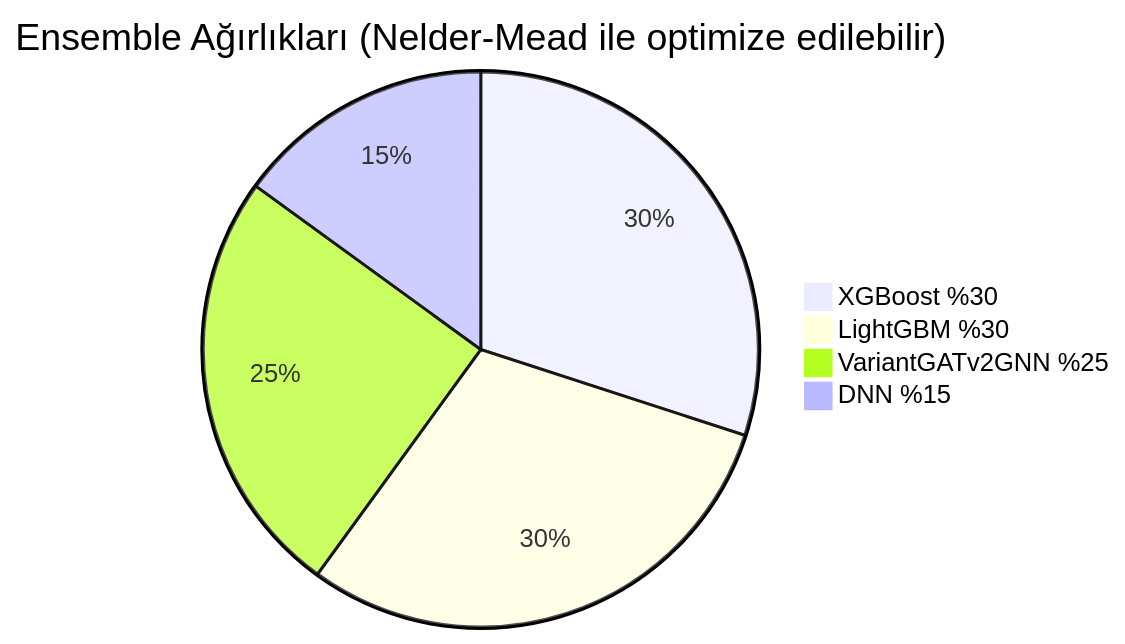
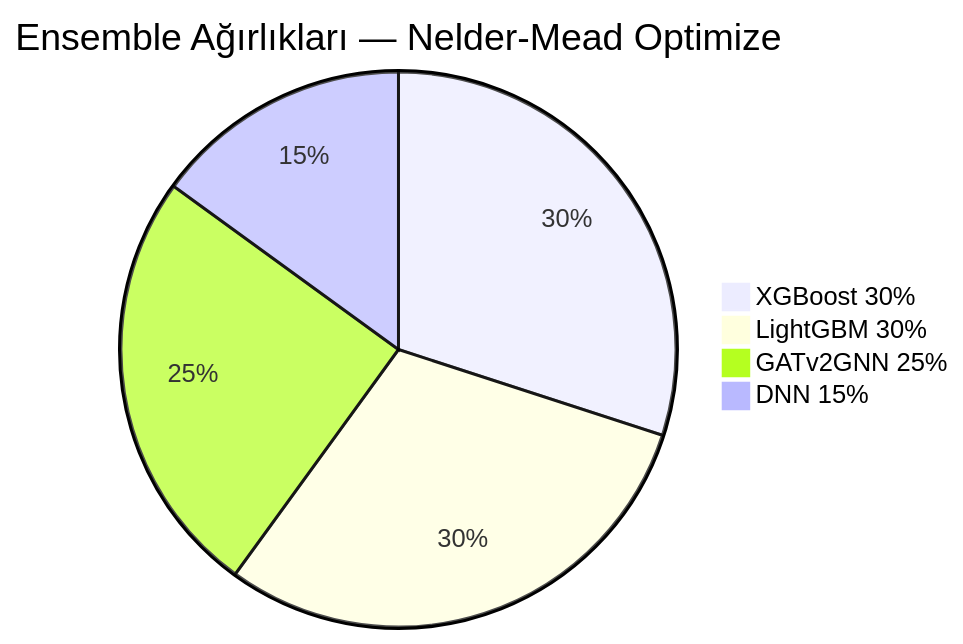
The fourth of 19 diagrams in README.md (msgxr/VARIANT-GNN), drawn with Mermaid before and after one commit. The commit also changed other lines of this file, not shown here.

Commit message:
docs: README nirvana revizyonu — 17 bölüm, 12 mermaid diyagram, tam görsel hiyerarşi

````diff
--- a/README.md
+++ b/README.md
@@ -185,7 +299,7 @@
 ```mermaid
-pie title Ensemble Ağırlıkları (Nelder-Mead ile optimize edilebilir)
-    "XGBoost %30" : 30
-    "LightGBM %30" : 30
-    "VariantGATv2GNN %25" : 25
-    "DNN %15" : 15
+pie title Ensemble Ağırlıkları — Nelder-Mead Optimize
+    "XGBoost  30%" : 30
+    "LightGBM 30%" : 30
+    "GATv2GNN 25%" : 25
+    "DNN      15%" : 15
 ```
````
